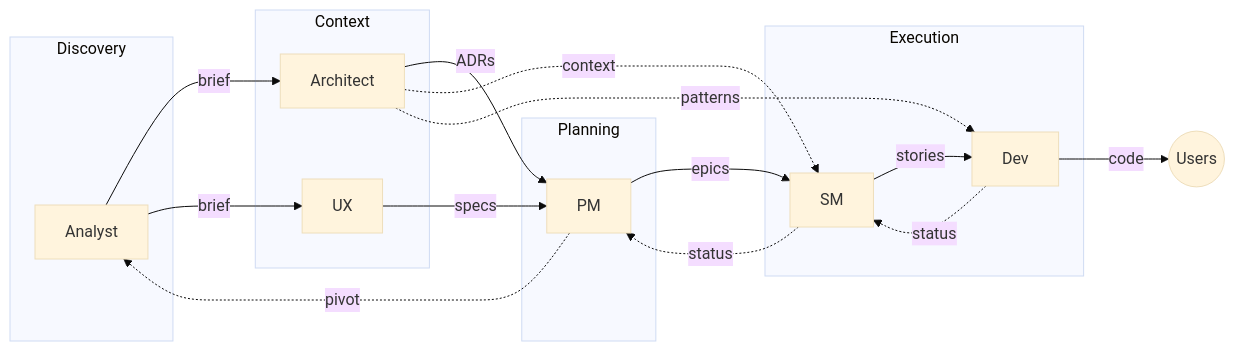
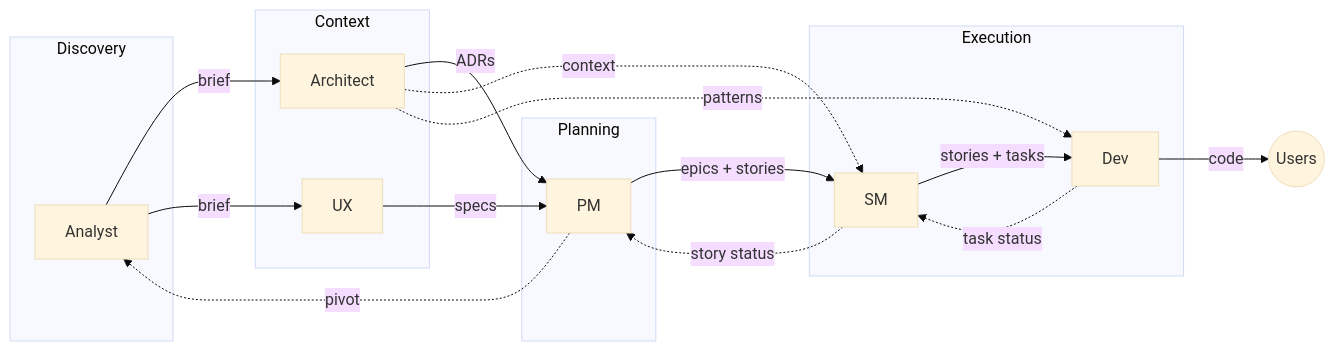
Before and after one commit to fernandobandeira/djinn: the diagram in .memory/diagrams/Orchestrator Workflow.md, drawn with Mermaid (base theme). The commit also changed other lines of this file and 6 other files, not shown here.

Commit message:
make sure sm creates tasks, pm create epics and stories, dev just codes tasks

````diff
--- a/.memory/diagrams/Orchestrator Workflow.md
+++ b/.memory/diagrams/Orchestrator Workflow.md
@@ -46,37 +45,37 @@
 ```mermaid
 flowchart LR
     subgraph Discovery
         A[Analyst]
     end
 
     subgraph Context
         AR[Architect]
         UX[UX]
     end
 
     subgraph Planning
         P[PM]
     end
 
     subgraph Execution
         S[SM]
         D[Dev]
     end
 
     A -->|brief| AR
     A -->|brief| UX
     AR -->|ADRs| P
     UX -->|specs| P
 
-    P -->|epics| S
+    P -->|epics + stories| S
     AR -.->|context| S
 
-    S -->|stories| D
+    S -->|stories + tasks| D
     AR -.->|patterns| D
 
     D -->|code| U((Users))
 
-    D -.->|status| S
-    S -.->|status| P
+    D -.->|task status| S
+    S -.->|story status| P
     P -.->|pivot| A
 ```
````
